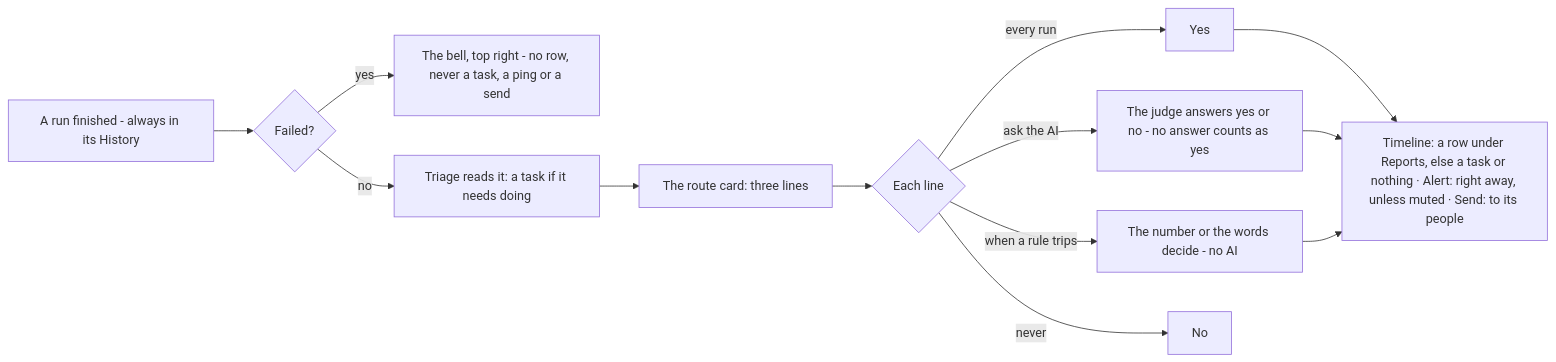
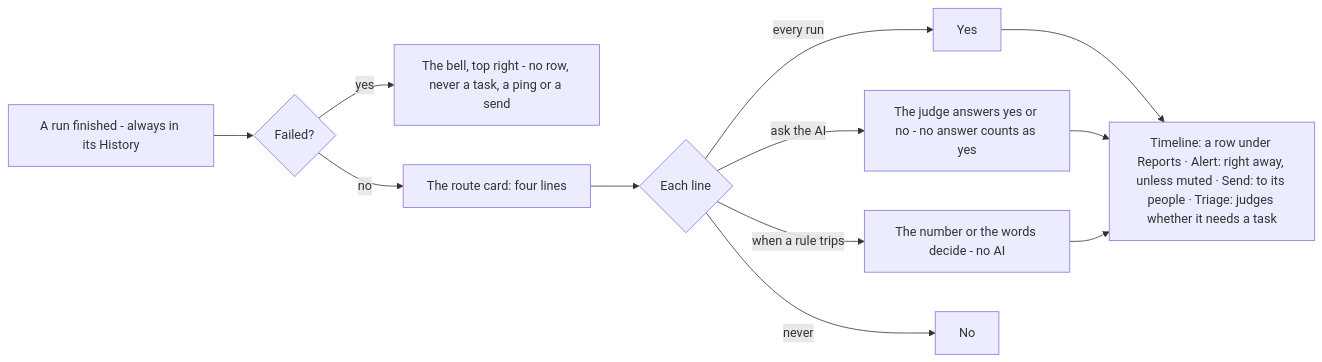
One commit to ldbumble/taskuary changed the second of 2 diagrams in docs/how-a-report-runs.md. Above: the diagram before and after it, drawn with Mermaid. The commit also changed other lines of this file and 30 other files, not shown here.

````diff
--- a/docs/how-a-report-runs.md
+++ b/docs/how-a-report-runs.md
@@ -42,15 +44,14 @@
 ```mermaid
 flowchart LR
   R["A run finished - always in its History"] --> F{"Failed?"}
   F -->|yes| A1["The bell, top right - no row, never a task, a ping or a send"]
-  F -->|no| T["Triage reads it: a task if it needs doing"]
-  T --> C["The route card: three lines"]
+  F -->|no| C["The route card: four lines"]
   C --> L{"Each line"}
   L -->|every run| Y["Yes"]
   L -->|ask the AI| J["The judge answers yes or no - no answer counts as yes"]
   L -->|when a rule trips| N["The number or the words decide - no AI"]
   L -->|never| X["No"]
-  Y --> G["Timeline: a row under Reports, else a task or nothing · Alert: right away, unless muted · Send: to its people"]
+  Y --> G["Timeline: a row under Reports · Alert: right away, unless muted · Send: to its people · Triage: judges whether it needs a task"]
   J --> G
   N --> G
 ```
````
